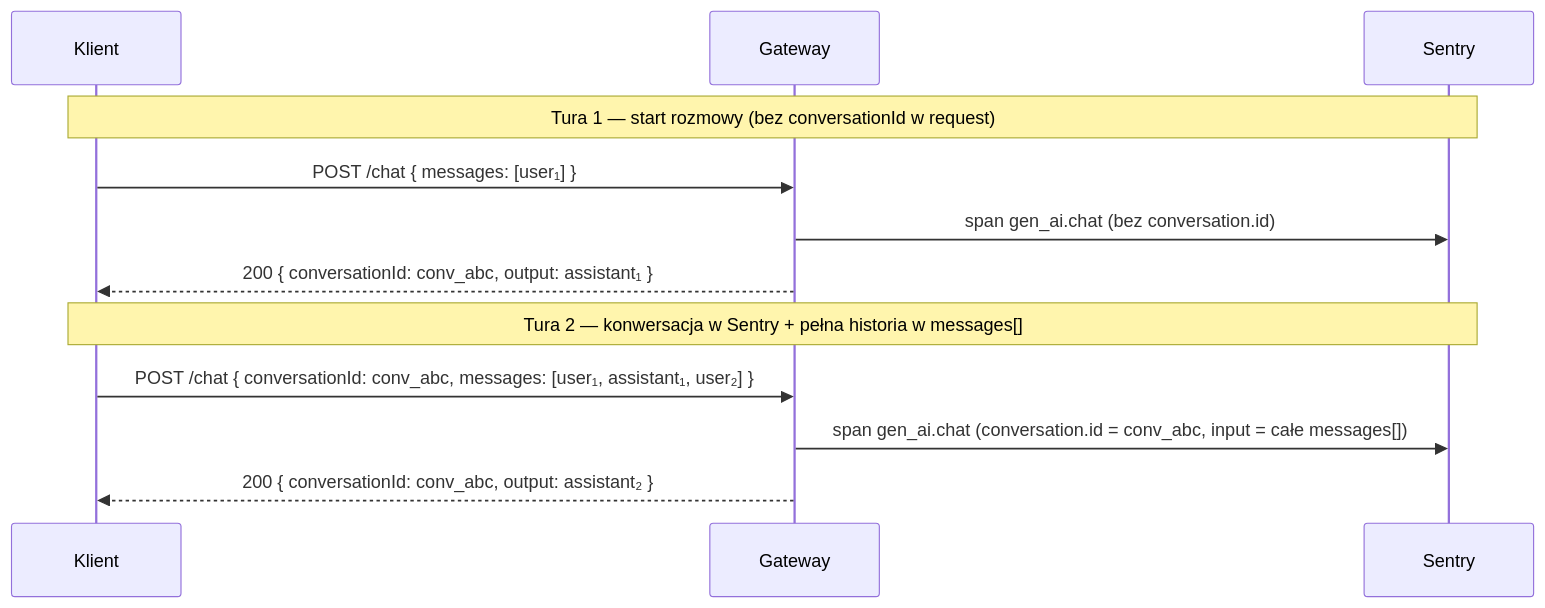
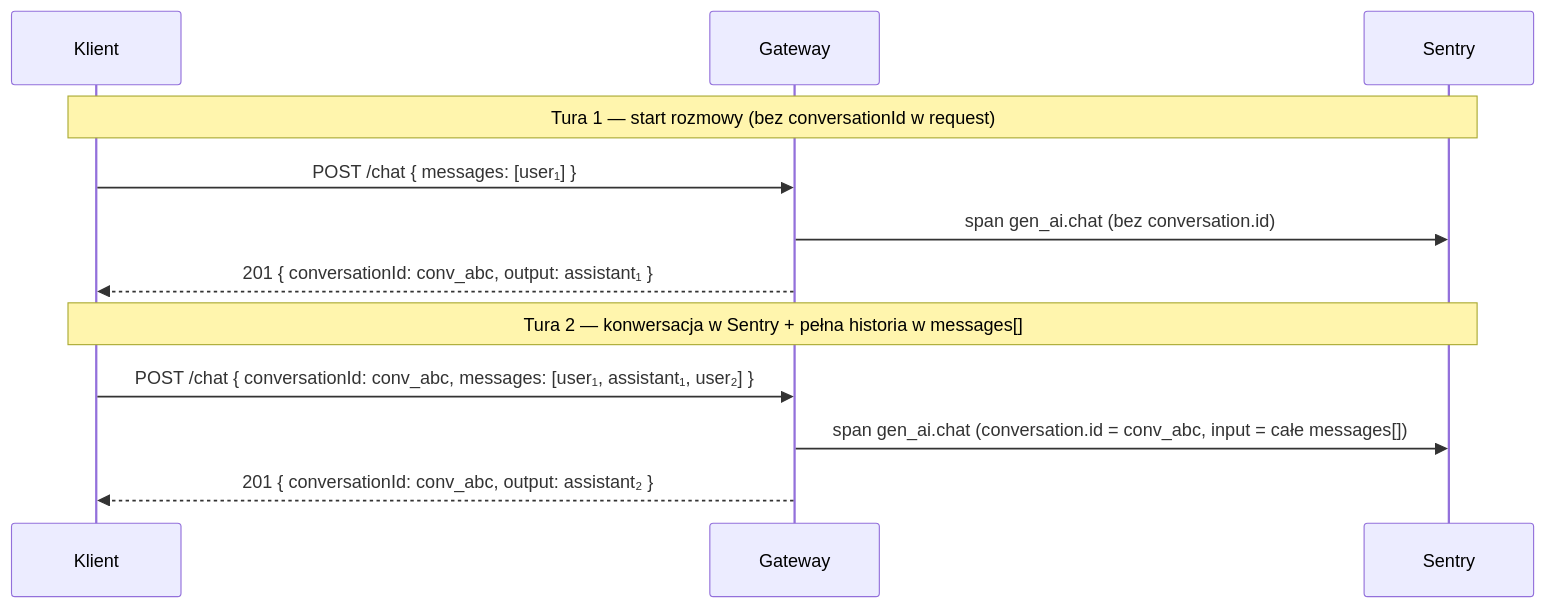
One commit to matej2314/ai-provider-gateway changed the diagram in docs/conversation-tracking.md. Above: the diagram before and after it, drawn with Mermaid. The commit also changed 22 other files, not shown here.

````diff
--- a/docs/conversation-tracking.md
+++ b/docs/conversation-tracking.md
@@ -38,16 +38,16 @@
 ```mermaid
 sequenceDiagram
   participant K as Klient
   participant G as Gateway
   participant S as Sentry
 
   Note over K,S: Tura 1 — start rozmowy (bez conversationId w request)
   K->>G: POST /chat { messages: [user₁] }
   G->>S: span gen_ai.chat (bez conversation.id)
-  G-->>K: 200 { conversationId: conv_abc, output: assistant₁ }
+  G-->>K: 201 { conversationId: conv_abc, output: assistant₁ }
 
   Note over K,S: Tura 2 — konwersacja w Sentry + pełna historia w messages[]
   K->>G: POST /chat { conversationId: conv_abc, messages: [user₁, assistant₁, user₂] }
   G->>S: span gen_ai.chat (conversation.id = conv_abc, input = całe messages[])
-  G-->>K: 200 { conversationId: conv_abc, output: assistant₂ }
+  G-->>K: 201 { conversationId: conv_abc, output: assistant₂ }
 ```
````
